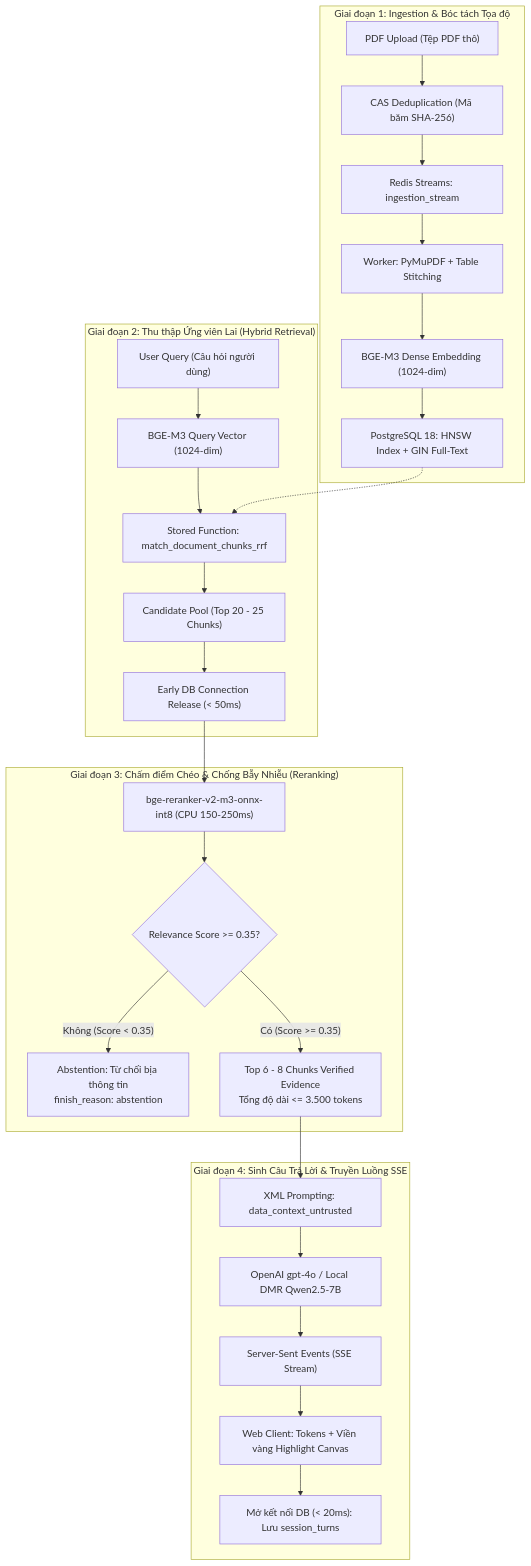
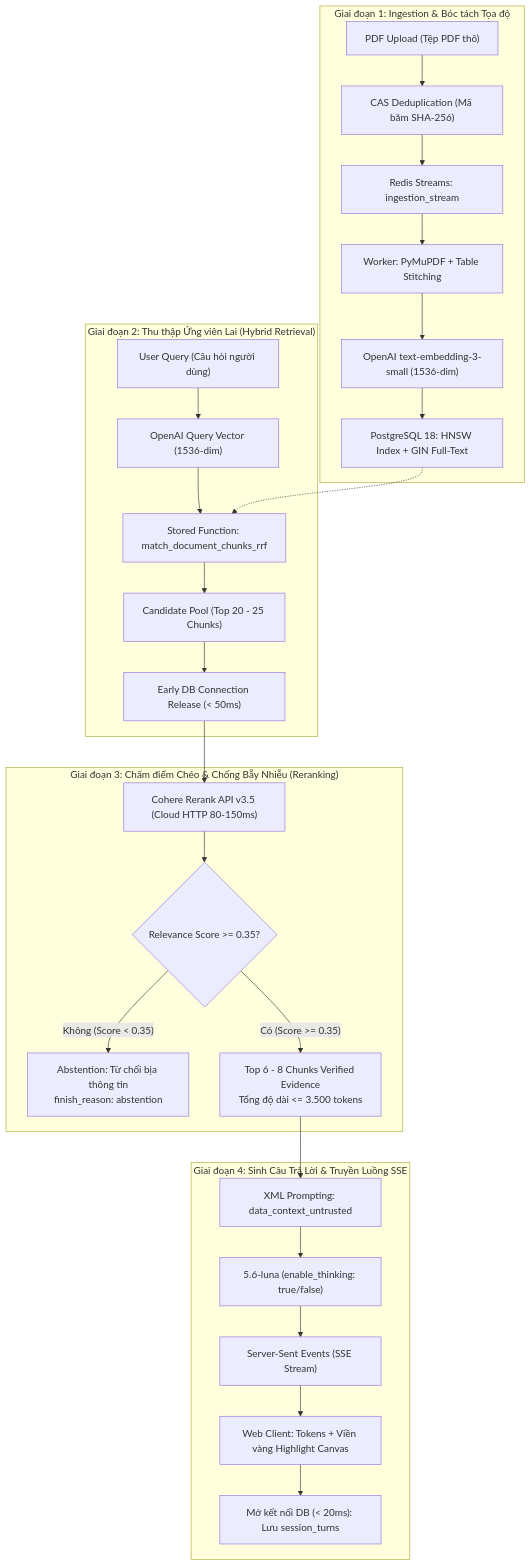
One commit to dammanhdungvn/VeriScholar changed the first of 2 diagrams in docs/vi/techstack-backend-module-01.md. Above: the diagram before and after it, drawn with Mermaid. The commit also changed other lines of this file and 10 other files, not shown here.

First line of the commit message:
docs: synchronize architecture to OpenAI 5.6-luna, Two-Tier Ingestion Gate, and Zero-GPU stack

````diff
--- a/docs/vi/techstack-backend-module-01.md
+++ b/docs/vi/techstack-backend-module-01.md
@@ -75,33 +74,33 @@
 ```mermaid
 flowchart TD
     subgraph INGESTION["Giai đoạn 1: Ingestion & Bóc tách Tọa độ"]
         A["PDF Upload (Tệp PDF thô)"] --> B["CAS Deduplication (Mã băm SHA-256)"]
         B --> C["Redis Streams: ingestion_stream"]
         C --> D["Worker: PyMuPDF + Table Stitching"]
-        D --> E["BGE-M3 Dense Embedding (1024-dim)"]
+        D --> E["OpenAI text-embedding-3-small (1536-dim)"]
         E --> F["PostgreSQL 18: HNSW Index + GIN Full-Text"]
     end
 
     subgraph RETRIEVAL["Giai đoạn 2: Thu thập Ứng viên Lai (Hybrid Retrieval)"]
-        Q["User Query (Câu hỏi người dùng)"] --> QV["BGE-M3 Query Vector (1024-dim)"]
+        Q["User Query (Câu hỏi người dùng)"] --> QV["OpenAI Query Vector (1536-dim)"]
         QV --> H["Stored Function: match_document_chunks_rrf"]
         F -.-> H
         H --> CP["Candidate Pool (Top 20 - 25 Chunks)"]
         CP --> ER["Early DB Connection Release (< 50ms)"]
     end
 
     subgraph RERANK["Giai đoạn 3: Chấm điểm Chéo & Chống Bẫy Nhiễu (Reranking)"]
-        ER --> RERANKER["bge-reranker-v2-m3-onnx-int8 (CPU 150-250ms)"]
+        ER --> RERANKER["Cohere Rerank API v3.5 (Cloud HTTP 80-150ms)"]
         RERANKER --> GATE{"Relevance Score >= 0.35?"}
         GATE -- "Không (Score < 0.35)" --> ABSTAIN["Abstention: Từ chối bịa thông tin<br/>finish_reason: abstention"]
         GATE -- "Có (Score >= 0.35)" --> TOPK["Top 6 - 8 Chunks Verified Evidence<br/>Tổng độ dài <= 3.500 tokens"]
     end
 
     subgraph GENERATION["Giai đoạn 4: Sinh Câu Trả Lời & Truyền Luồng SSE"]
         TOPK --> PROMPT["XML Prompting: data_context_untrusted"]
-        PROMPT --> LLM["OpenAI gpt-4o / Local DMR Qwen2.5-7B"]
+        PROMPT --> LLM["5.6-luna (enable_thinking: true/false)"]
         LLM --> SSE["Server-Sent Events (SSE Stream)"]
         SSE --> FE["Web Client: Tokens + Viền vàng Highlight Canvas"]
         FE --> LOG["Mở kết nối DB (< 20ms): Lưu session_turns"]
     end
 ```
````
